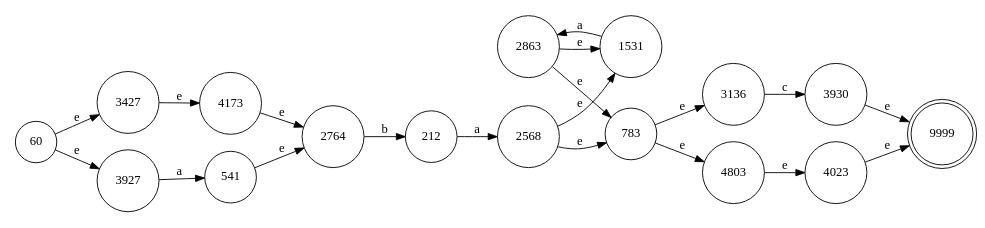
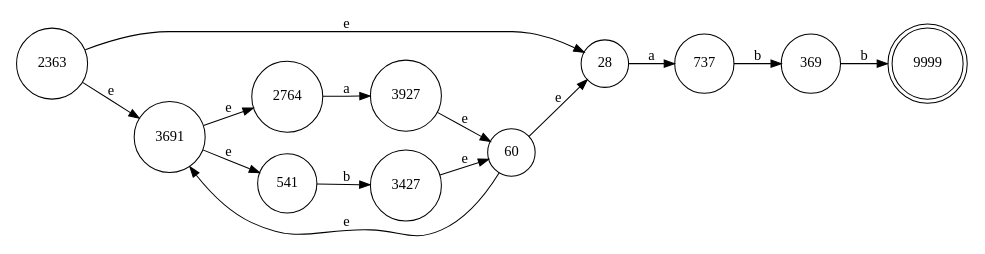
Before and after one commit to paulbelches/scannerAndParserGenerator: the diagram in thompson.gv, drawn with Graphviz. The commit also changed 14 other files, not shown here.

```diff
--- a/thompson.gv
+++ b/thompson.gv
@@ -1,44 +1,32 @@
 digraph finite_state_machine {
 	rankdir=LR size="8,5"
 	node [shape=doublecircle]
 	9999
 	node [shape=circle]
-	1531 -> 2863 [label=a
+	2363 -> 28 [label=e
 ]
-	212 -> 2568 [label=a
+	2363 -> 3691 [label=e
 ]
-	2568 -> 1531 [label=e
+	2764 -> 3927 [label=a
 ]
-	2568 -> 783 [label=e
+	28 -> 737 [label=a
 ]
-	2764 -> 212 [label=b
+	3427 -> 60 [label=e
 ]
-	2863 -> 1531 [label=e
+	369 -> 9999 [label=b
 ]
-	2863 -> 783 [label=e
+	3691 -> 2764 [label=e
 ]
-	3136 -> 3930 [label=c
+	3691 -> 541 [label=e
 ]
-	3427 -> 4173 [label=e
+	3927 -> 60 [label=e
 ]
-	3927 -> 541 [label=a
+	541 -> 3427 [label=b
 ]
-	3930 -> 9999 [label=e
+	60 -> 28 [label=e
 ]
-	4023 -> 9999 [label=e
+	60 -> 3691 [label=e
 ]
-	4173 -> 2764 [label=e
-]
-	4803 -> 4023 [label=e
-]
-	541 -> 2764 [label=e
-]
-	60 -> 3427 [label=e
-]
-	60 -> 3927 [label=e
-]
-	783 -> 3136 [label=e
-]
-	783 -> 4803 [label=e
+	737 -> 369 [label=b
 ]
 }
```
